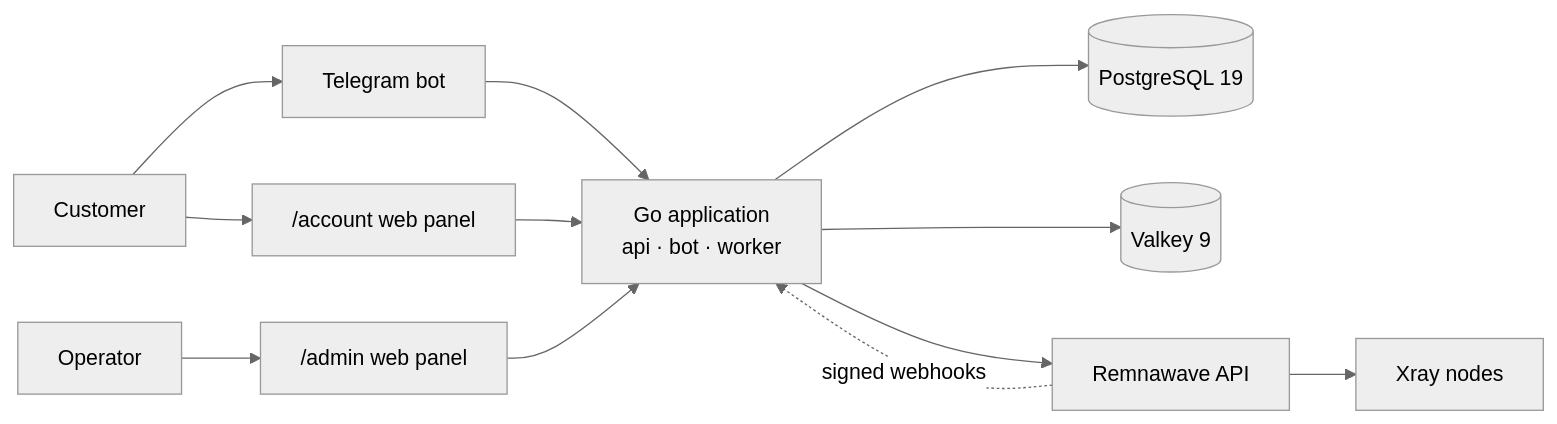
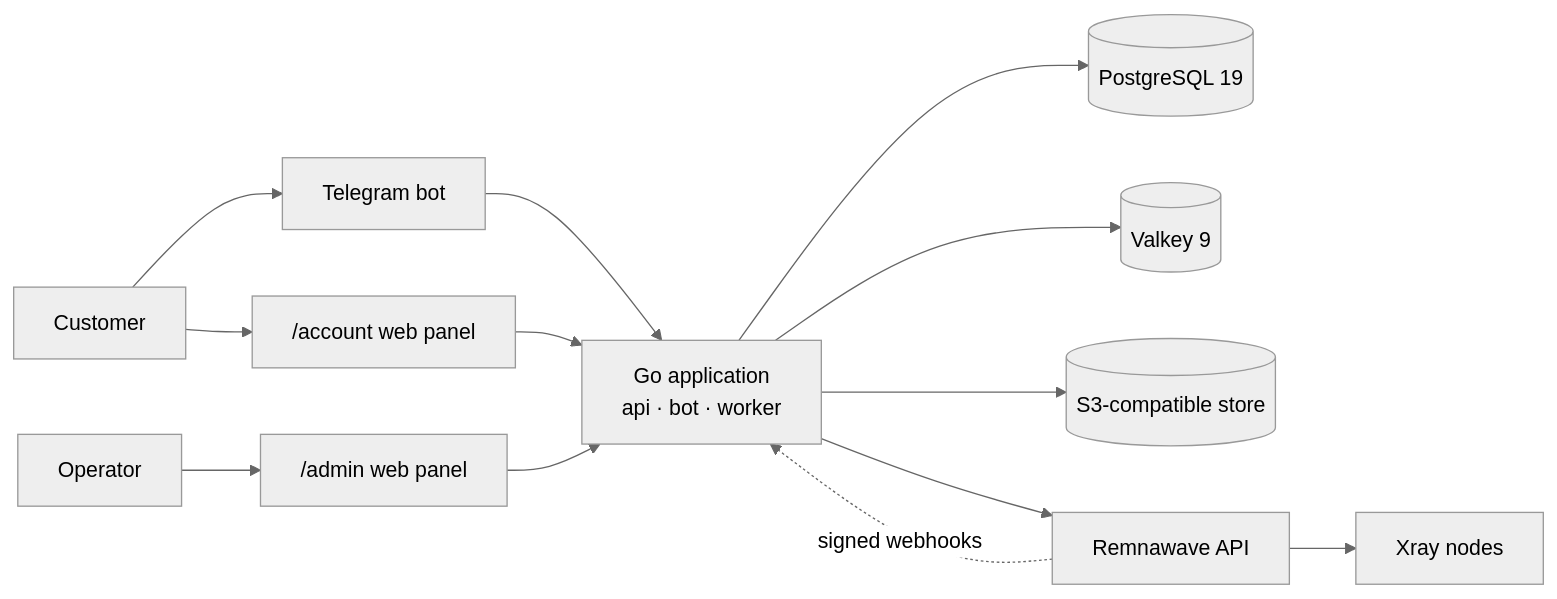
The diagram in README.md (kewldan/omniflow), drawn with Mermaid (neutral theme) before and after one commit. The commit also changed other lines of this file and 10 other files, not shown here.

````diff
--- a/README.md
+++ b/README.md
@@ -168,14 +171,15 @@
 ```mermaid
 flowchart LR
     Customer["Customer"] --> Telegram["Telegram bot"]
     Customer --> Account["/account web panel"]
     Operator["Operator"] --> Admin["/admin web panel"]
     Telegram --> API["Go application<br/>api · bot · worker"]
     Account --> API
     Admin --> API
     API --> PostgreSQL[("PostgreSQL 19")]
     API --> Valkey[("Valkey 9")]
+    API --> Objects[("S3-compatible store")]
     API --> Remnawave["Remnawave API"]
     Remnawave -. "signed webhooks" .-> API
     Remnawave --> Xray["Xray nodes"]
 ```
````
